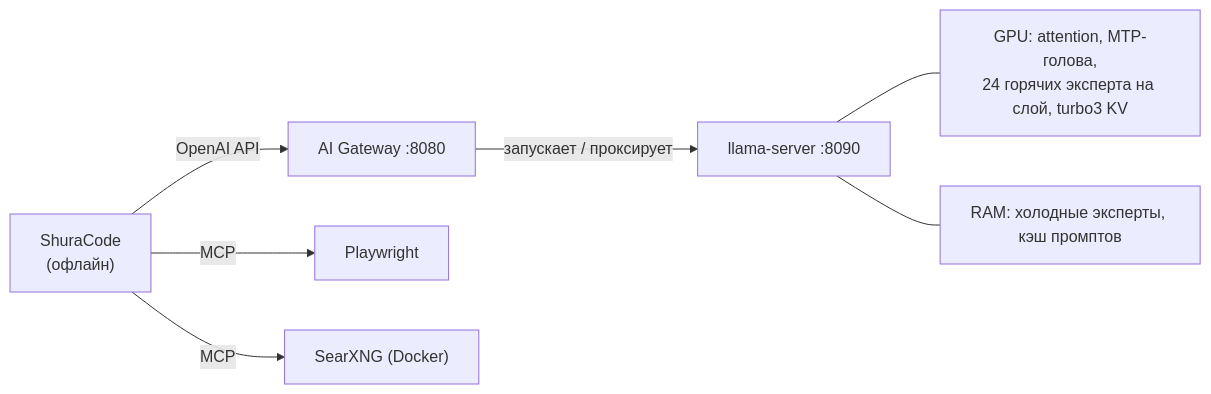
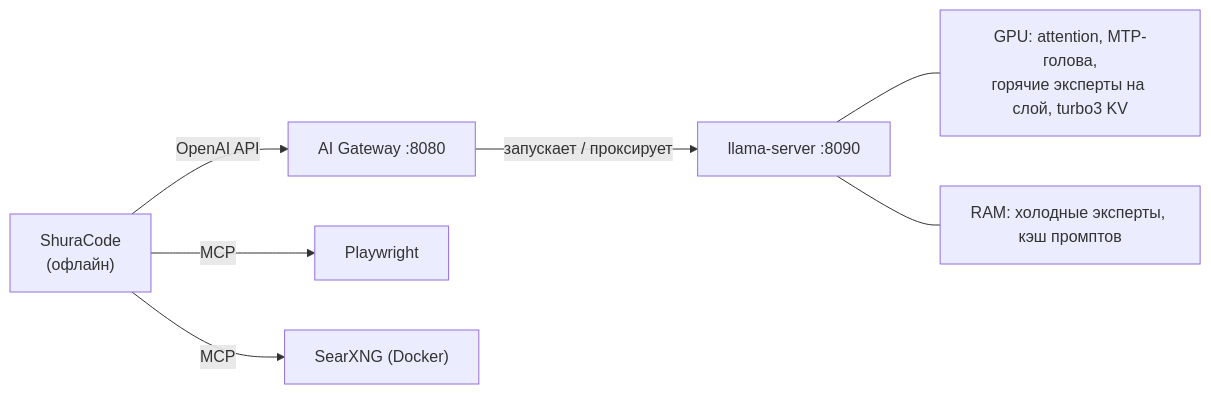
One commit to hikkian/shura changed the diagram in README.ru.md. Above: the diagram before and after it, drawn with Mermaid. The commit also changed other lines of this file and 1 other file, not shown here.

````diff
--- a/README.ru.md
+++ b/README.ru.md
@@ -101,9 +126,9 @@
 ```mermaid
 flowchart LR
     OC["ShuraCode<br/>(офлайн)"] -- OpenAI API --> GW["AI Gateway :8080"]
     GW -- запускает / проксирует --> LS["llama-server :8090"]
-    LS --- GPU["GPU: attention, MTP-голова,<br/>24 горячих эксперта на слой, turbo3 KV"]
+    LS --- GPU["GPU: attention, MTP-голова,<br/>горячие эксперты на слой, turbo3 KV"]
     LS --- CPU["RAM: холодные эксперты, кэш промптов"]
     OC -- MCP --> PW["Playwright"]
     OC -- MCP --> SX["SearXNG (Docker)"]
 ```
````
